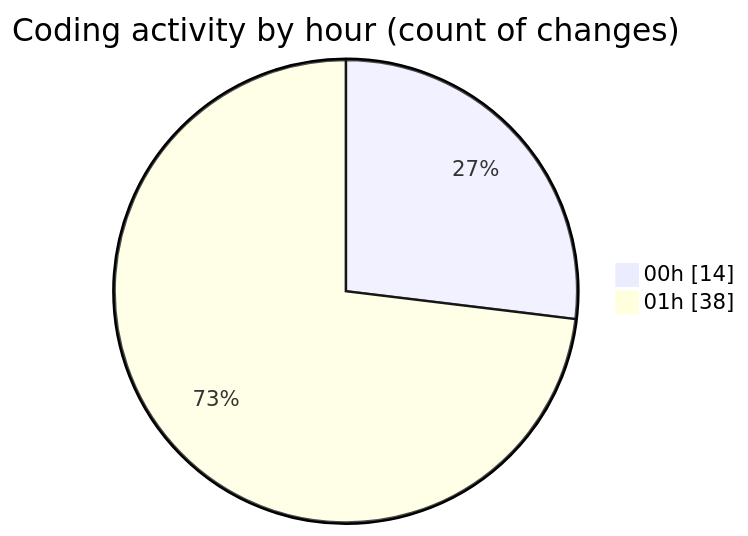
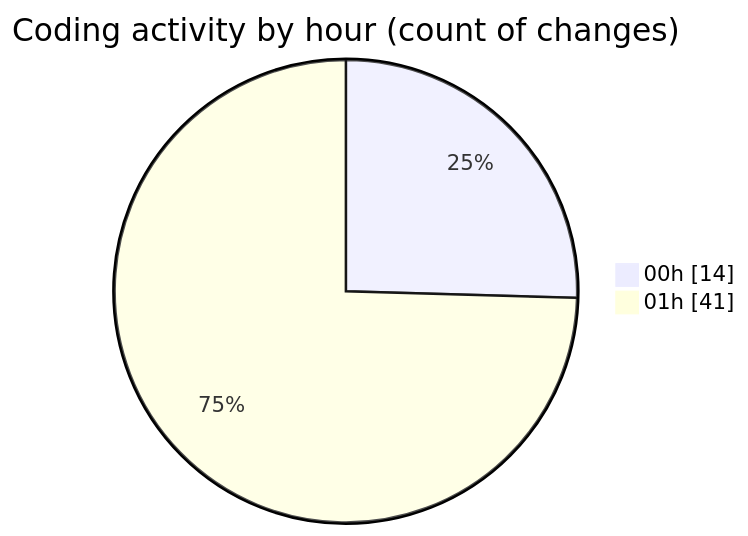
One commit to momahboobian/code-tracking changed the second of 2 diagrams in 2025-01-11/good-pr/README.md. Above: the diagram before and after it, drawn with Mermaid. The commit also changed other lines of this file and 1 other file, not shown here.

````diff
--- a/2025-01-11/good-pr/README.md
+++ b/2025-01-11/good-pr/README.md
@@ -47,6 +47,6 @@
 ```mermaid
 pie showData
 title Coding activity by hour (count of changes)
 "00h" : 14
-"01h" : 38
+"01h" : 41
 ```
````
